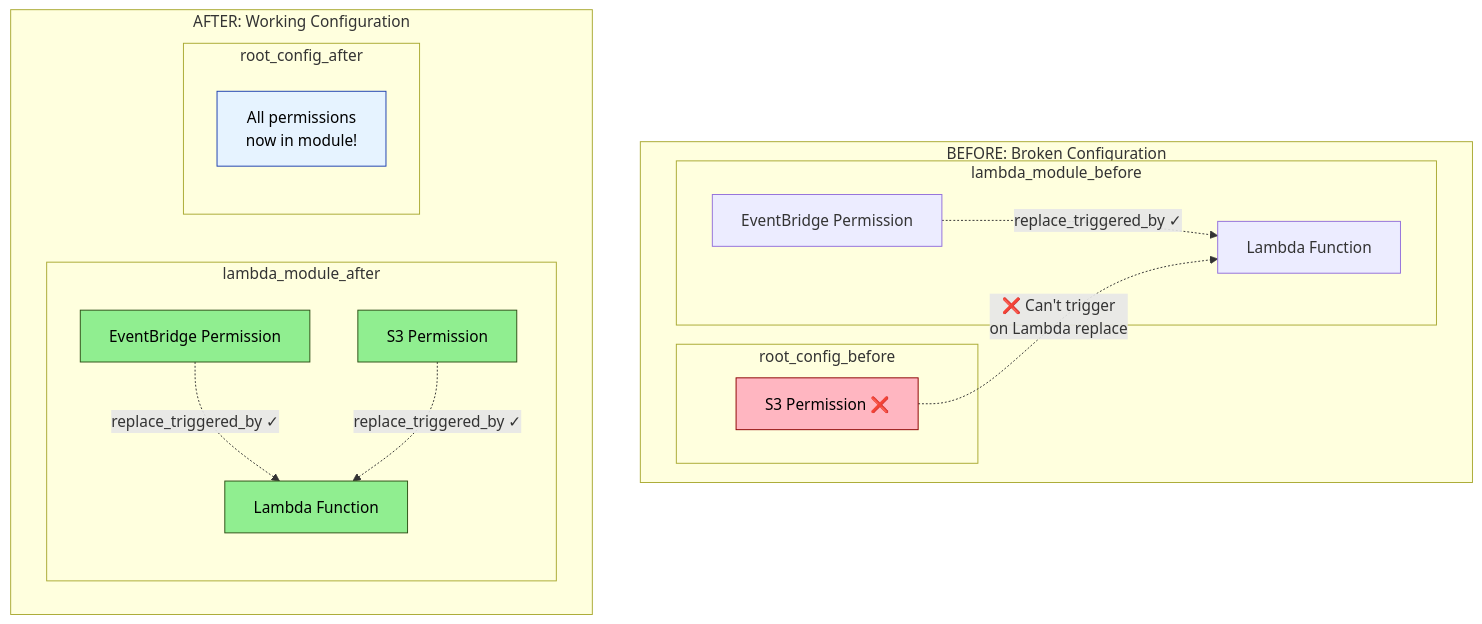
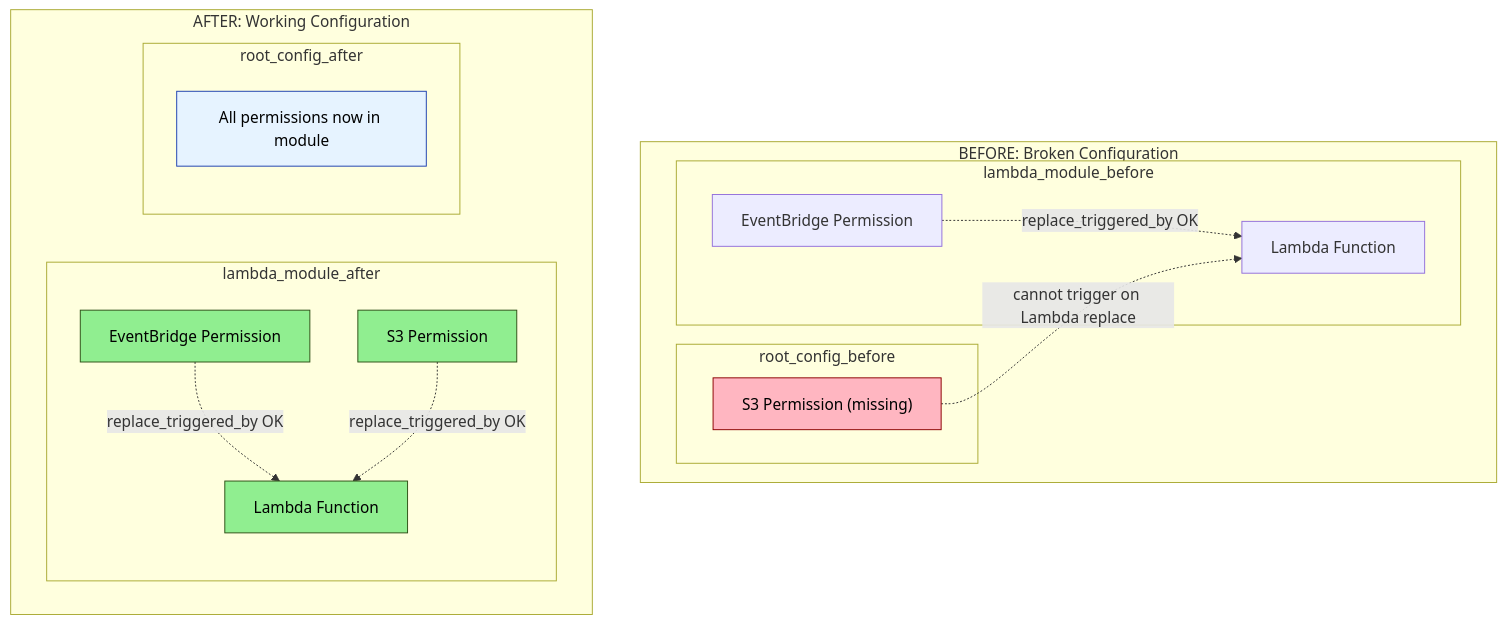
One commit to carim07/carim-web changed the fourth of 4 diagrams in content/posts/terraform-lambda-permissions/index.md. Above: the diagram before and after it, drawn with Mermaid. The commit also changed other lines of this file and 4 other files, not shown here.

Commit message:
LoveIt v0.3.0; self-hosted libs; Mermaid fixes; giscus integration; center diagrams; ignore backups/docs

```diff
--- a/content/posts/terraform-lambda-permissions/index.md
+++ b/content/posts/terraform-lambda-permissions/index.md
@@ -430,39 +432,39 @@
 {{< mermaid >}}
-graph TB
+flowchart TB
     subgraph "BEFORE: Broken Configuration"
         subgraph "lambda_module_before"
             LF1[Lambda Function]
             LP1[EventBridge Permission]
 
-            LP1 -.->|replace_triggered_by ✓| LF1
+            LP1 -.->|replace_triggered_by OK| LF1
         end
 
         subgraph "root_config_before"
-            LP2[S3 Permission ❌]
+            LP2["S3 Permission (missing)"]
 
-            LP2 -.->|❌ Can't trigger<br/>on Lambda replace| LF1
+            LP2 -.->|cannot trigger on Lambda replace| LF1
         end
 
         style LP2 fill:#FFB6C1,stroke:#8B0000,color:#000
     end
 
     subgraph "AFTER: Working Configuration"
         subgraph "lambda_module_after"
             LF2[Lambda Function]
             LP3[EventBridge Permission]
             LP4[S3 Permission]
 
-            LP3 -.->|replace_triggered_by ✓| LF2
-            LP4 -.->|replace_triggered_by ✓| LF2
+            LP3 -.->|replace_triggered_by OK| LF2
+            LP4 -.->|replace_triggered_by OK| LF2
 
             style LP3 fill:#90EE90,stroke:#2d5016,color:#000
             style LP4 fill:#90EE90,stroke:#2d5016,color:#000
             style LF2 fill:#90EE90,stroke:#2d5016,color:#000
         end
 
         subgraph "root_config_after"
-            Note[All permissions<br/>now in module!]
+            Note["All permissions now in module"]
             style Note fill:#E6F3FF,stroke:#1e40af,color:#000
         end
     end
 {{< /mermaid >}}
```
